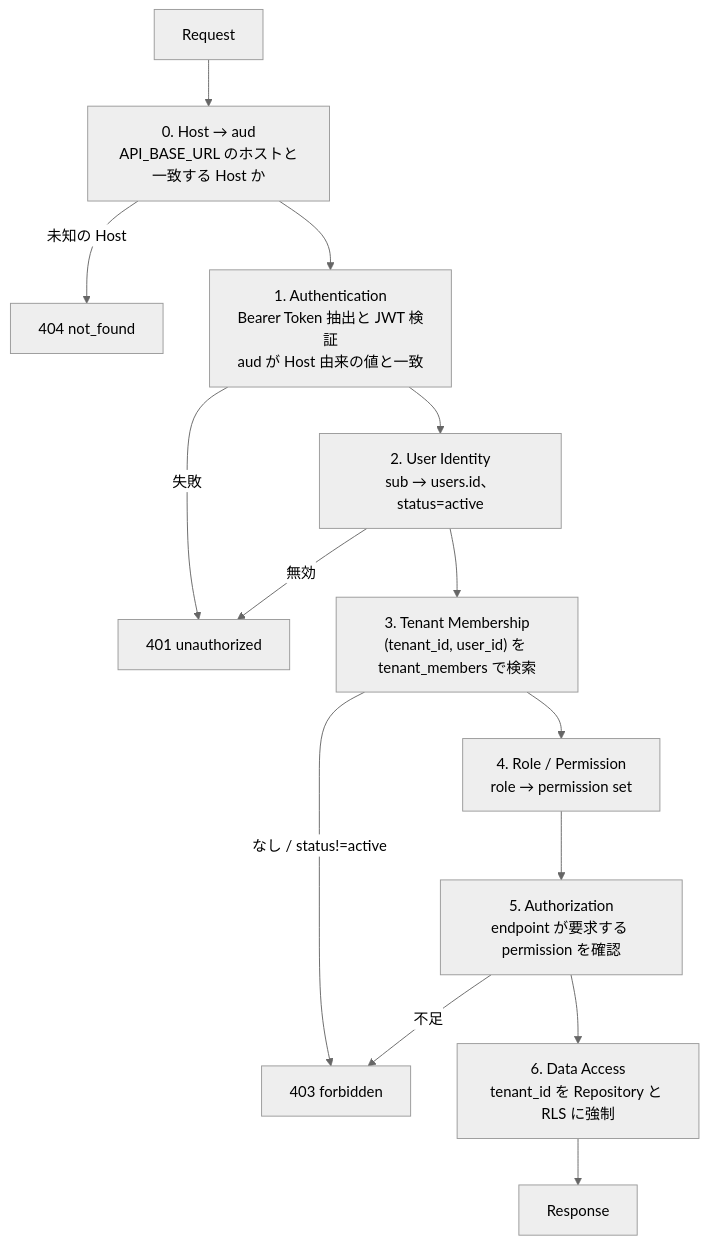
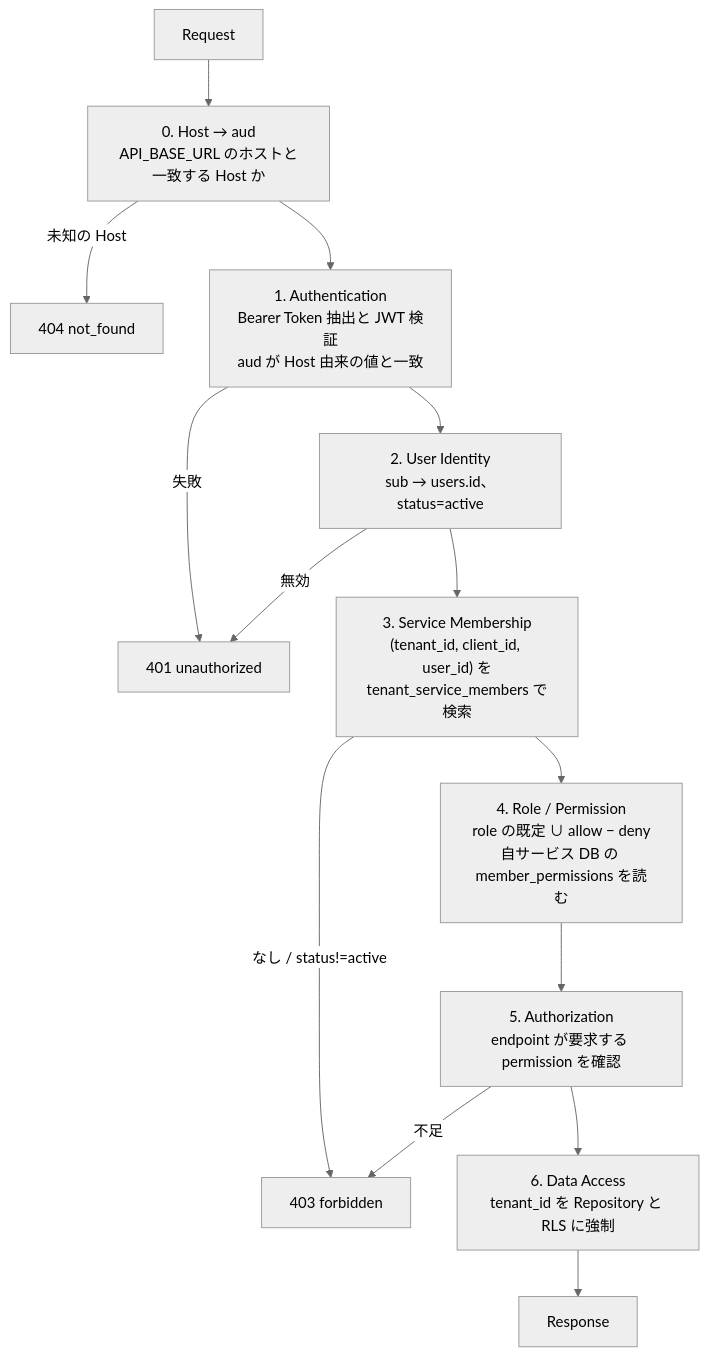
The diagram in docs/design/07-api-auth-design.md (daisuke-tanabe/multi-domain-sandbox), drawn with Mermaid (neutral theme) before and after one commit. The commit also changed other lines of this file and 48 other files, not shown here.

````diff
--- a/docs/design/07-api-auth-design.md
+++ b/docs/design/07-api-auth-design.md
@@ -14,16 +15,16 @@
 ```mermaid
 flowchart TD
     A["Request"] --> A0["0. Host → aud<br/>API_BASE_URL のホストと一致する Host か"]
     A0 -- 未知の Host --> E0["404 not_found"]
     A0 --> B["1. Authentication<br/>Bearer Token 抽出と JWT 検証<br/>aud が Host 由来の値と一致"]
     B -- 失敗 --> E1["401 unauthorized"]
     B --> C["2. User Identity<br/>sub → users.id、status=active"]
     C -- 無効 --> E1
-    C --> D["3. Tenant Membership<br/>(tenant_id, user_id) を tenant_members で検索"]
+    C --> D["3. Service Membership<br/>(tenant_id, client_id, user_id) を<br/>tenant_service_members で検索"]
     D -- なし / status!=active --> E2["403 forbidden"]
-    D --> F["4. Role / Permission<br/>role → permission set"]
+    D --> F["4. Role / Permission<br/>role の既定 ∪ allow − deny<br/>自サービス DB の member_permissions を読む"]
     F --> G["5. Authorization<br/>endpoint が要求する permission を確認"]
     G -- 不足 --> E2
     G --> H["6. Data Access<br/>tenant_id を Repository と RLS に強制"]
     H --> I["Response"]
 ```
````
